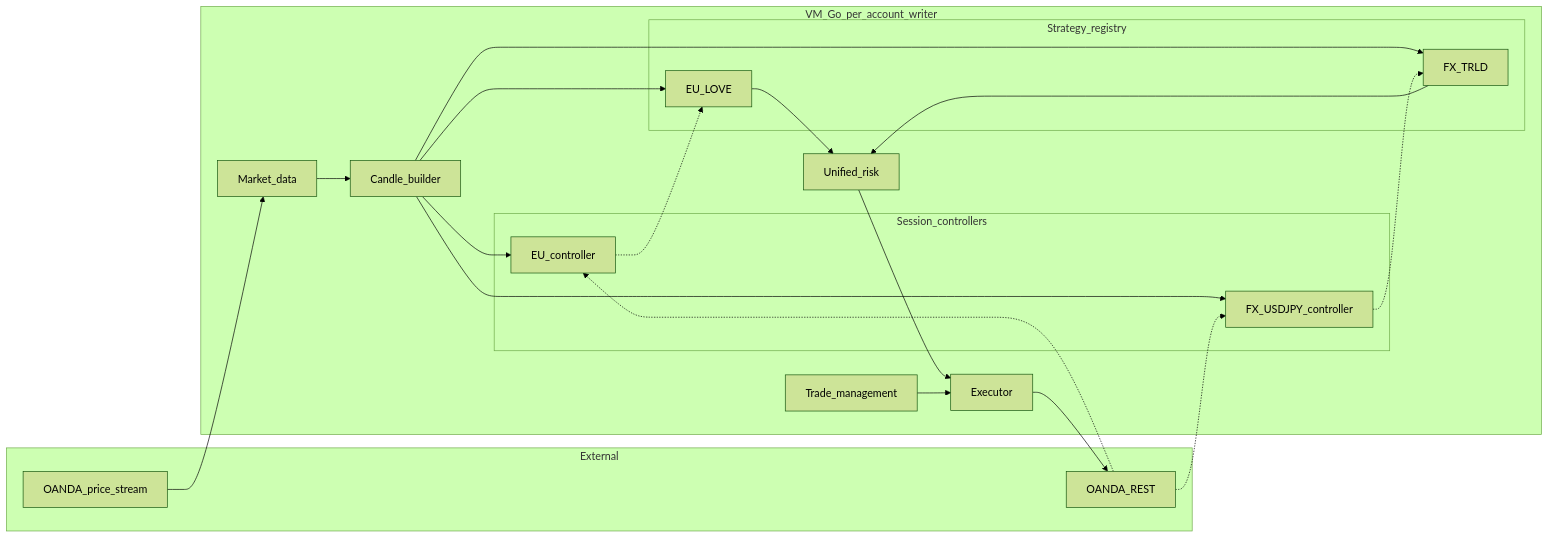
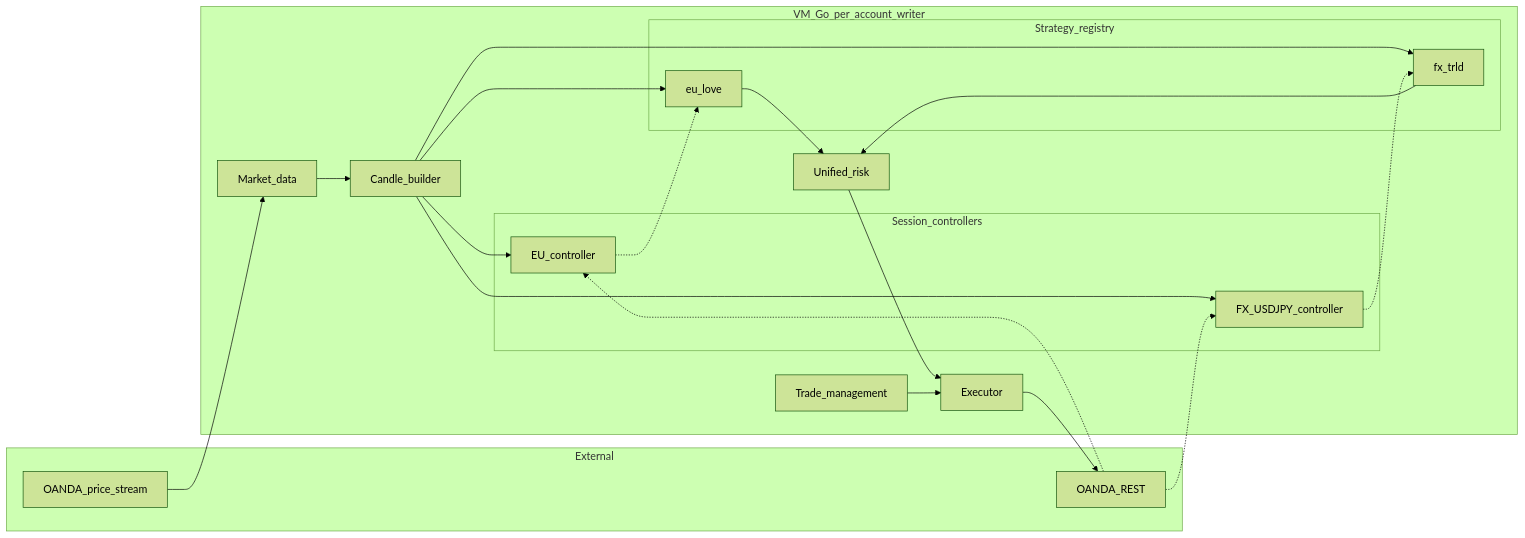
Before and after one commit to yogesh-insta/tradex: the second of 4 diagrams in docs/fx-usdjpy-architecture.md, drawn with Mermaid (forest theme). The commit also changed other lines of this file and 18 other files, not shown here.

````diff
--- a/docs/fx-usdjpy-architecture.md
+++ b/docs/fx-usdjpy-architecture.md
@@ -73,37 +74,37 @@
 ```mermaid
 flowchart LR
   subgraph ext [External]
     WS[OANDA_price_stream]
     REST[OANDA_REST]
   end
 
   subgraph vm [VM_Go_per_account_writer]
     MD[Market_data]
     CB[Candle_builder]
     subgraph controllers [Session_controllers]
       EUC[EU_controller]
       FXC[FX_USDJPY_controller]
     end
     subgraph strats [Strategy_registry]
-      EU[EU_LOVE]
-      TRLD[FX_TRLD]
+      EU[eu_love]
+      TRLD[fx_trld]
     end
     RISK[Unified_risk]
     EXEC[Executor]
     MGMT[Trade_management]
   end
 
   WS --> MD --> CB
   CB --> EUC
   CB --> FXC
   REST -.-> EUC
   REST -.-> FXC
   CB --> EU
   CB --> TRLD
   EUC -.-> EU
   FXC -.-> TRLD
   EU --> RISK
   TRLD --> RISK
   RISK --> EXEC --> REST
   MGMT --> EXEC
 ```
````
